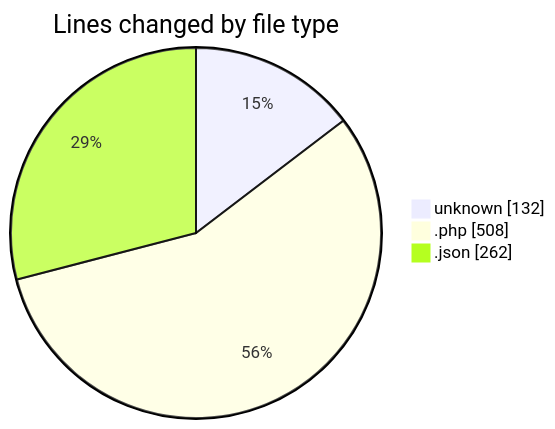
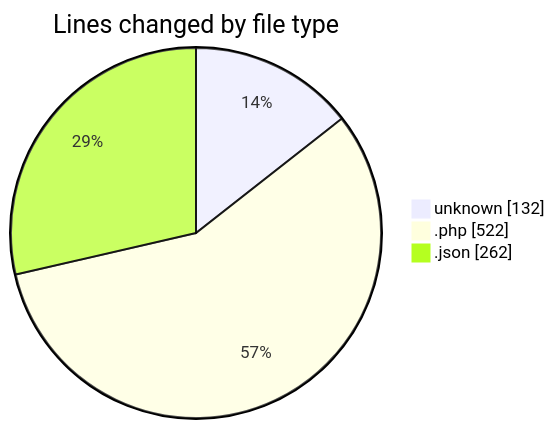
One commit to idhammustaqopulfikri/code-tracking changed the first of 2 diagrams in 2025-11-13/futsal-recommender/README.md. Above: the diagram before and after it, drawn with Mermaid. The commit also changed other lines of this file and 1 other file, not shown here.

````diff
--- a/2025-11-13/futsal-recommender/README.md
+++ b/2025-11-13/futsal-recommender/README.md
@@ -30,7 +30,7 @@
 ```mermaid
 pie showData
 title Lines changed by file type
 "unknown" : 132
-".php" : 508
+".php" : 522
 ".json" : 262
 ```
````
